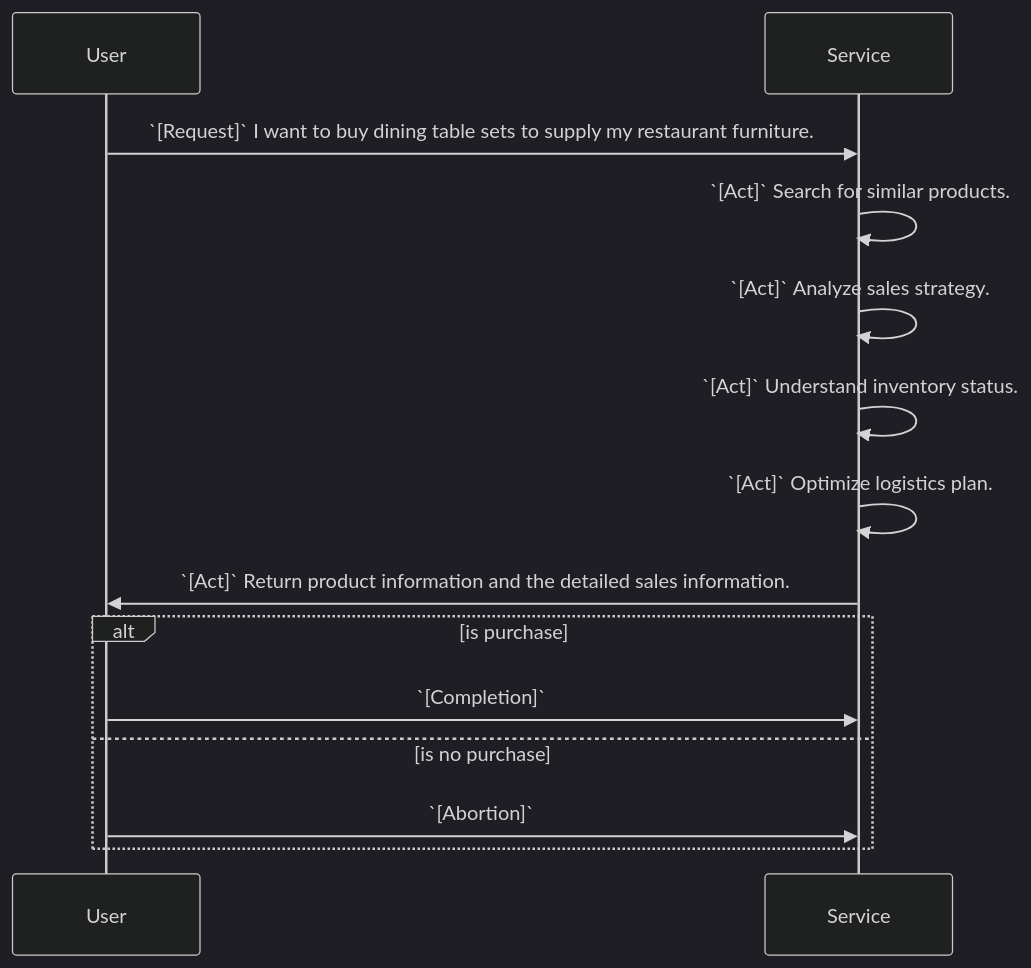
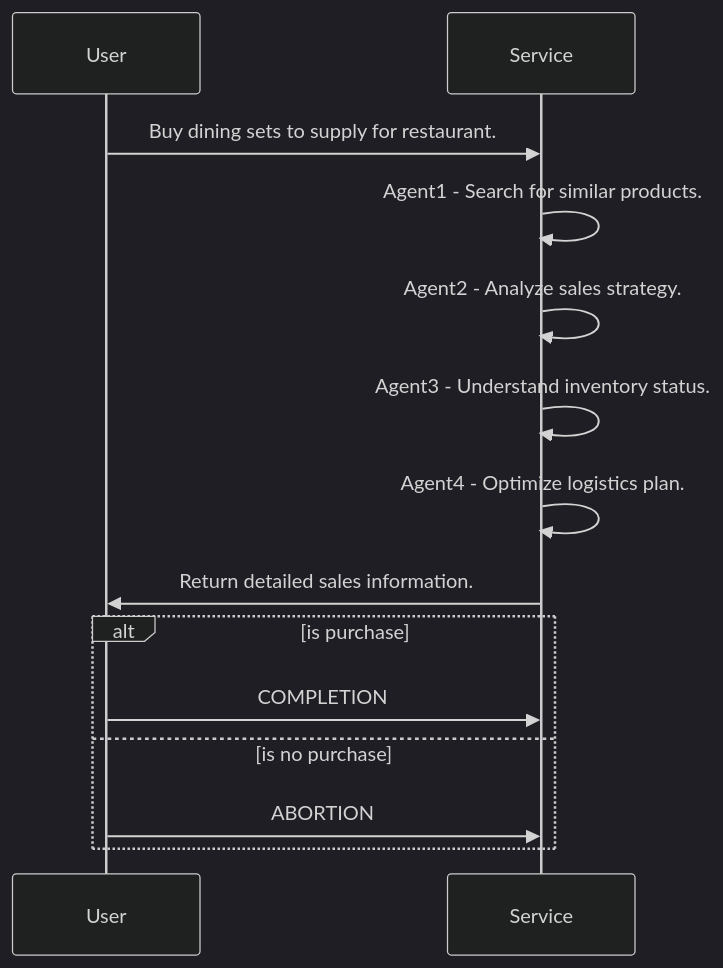
Before and after one commit to yueguoguo/yueguoguo.github.io: the fourth of 4 diagrams in _posts/2024-11-31-service-as-a-software.md, drawn with Mermaid (dark theme). The commit also changed other lines of this file, not shown here.

Commit message:
update diagrams

```diff
--- a/_posts/2024-11-31-service-as-a-software.md
+++ b/_posts/2024-11-31-service-as-a-software.md
@@ -281,14 +280,14 @@
 <div class="mermaid">
 sequenceDiagram
-    User->>Service: `[Request]` I want to buy dining table sets to supply my restaurant furniture.
-    Service->>Service: `[Act]` Search for similar products.
-    Service->>Service: `[Act]` Analyze sales strategy.
-    Service->>Service: `[Act]` Understand inventory status.
-    Service->>Service: `[Act]` Optimize logistics plan.
-    Service->>User: `[Act]` Return product information and the detailed sales information.
+    User->>Service: Buy dining sets to supply for restaurant.
+    Service->>Service: Agent1 - Search for similar products.
+    Service->>Service: Agent2 - Analyze sales strategy.
+    Service->>Service: Agent3 - Understand inventory status.
+    Service->>Service: Agent4 - Optimize logistics plan.
+    Service->>User: Return detailed sales information.
     alt is purchase
-        User->>Service: `[Completion]`
+        User->>Service: COMPLETION
     else is no purchase
-        User->>Service: `[Abortion]`
+        User->>Service: ABORTION
     end
 </div>
```
